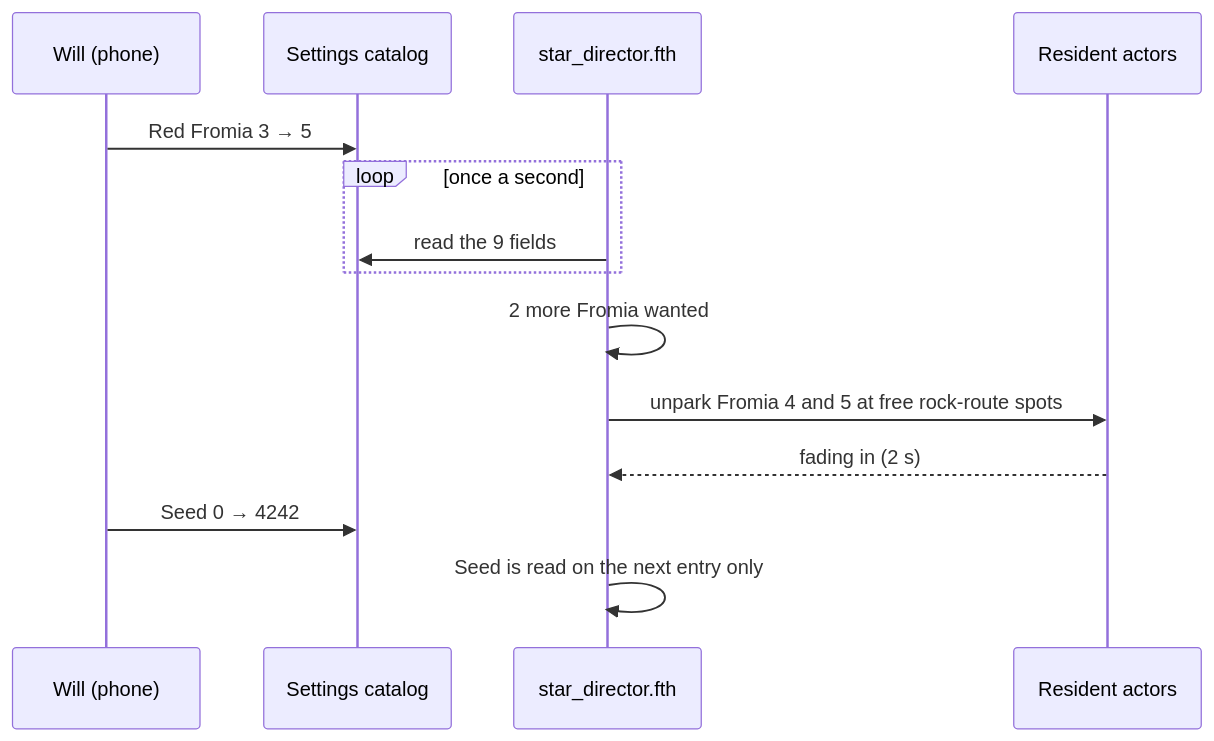
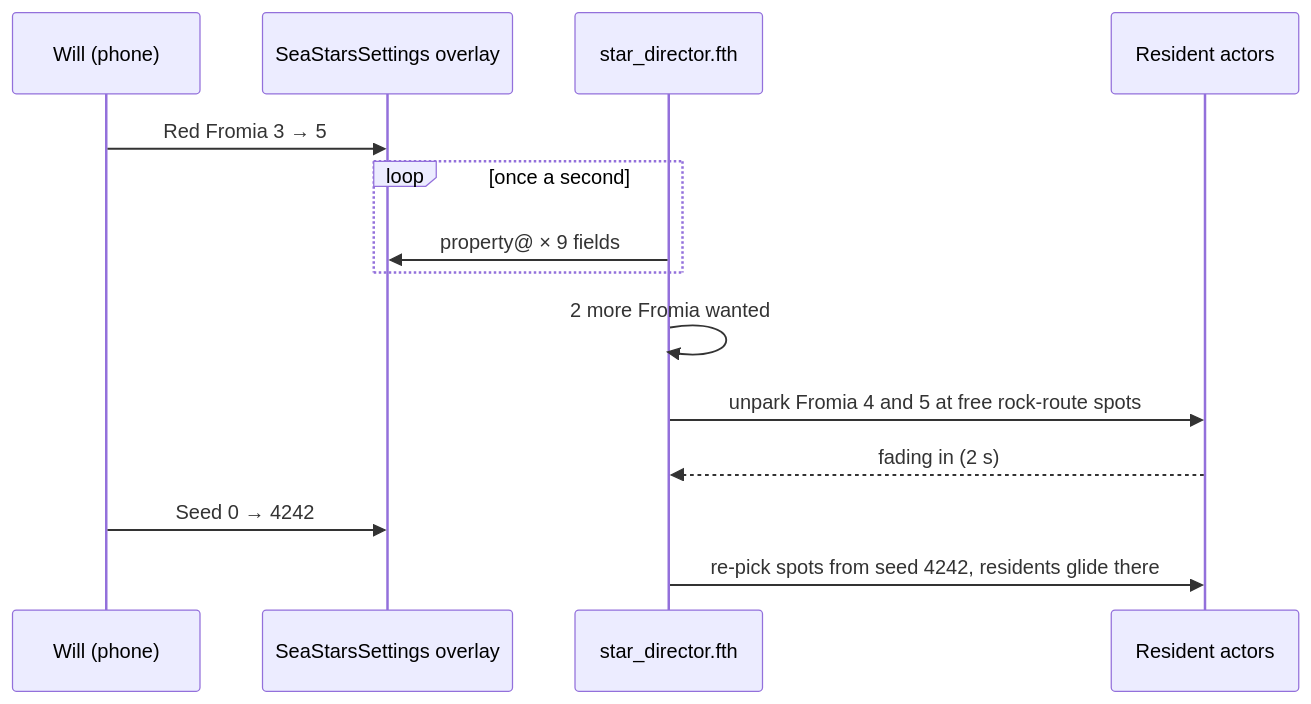
One commit to wbniv/WorldFoundry changed the fifth of 9 diagrams in docs/plans/2026-11-10-starfish-tank.md. Above: the diagram before and after it, drawn with Mermaid. The commit also changed other lines of this file and 9 other files, not shown here.

First line of the commit message:
Unpark runtime object editing; Sea Stars settings become an OAS object

````diff
--- a/docs/plans/2026-11-10-starfish-tank.md
+++ b/docs/plans/2026-11-10-starfish-tank.md
@@ -201,16 +205,16 @@
 ```mermaid
 sequenceDiagram
     participant U as Will (phone)
-    participant C as Settings catalog
+    participant C as SeaStarsSettings overlay
     participant D as star_director.fth
     participant R as Resident actors
     U->>C: Red Fromia 3 → 5
     loop once a second
-        D->>C: read the 9 fields
+        D->>C: property@ × 9 fields
     end
     D->>D: 2 more Fromia wanted
     D->>R: unpark Fromia 4 and 5 at free rock-route spots
     R-->>D: fading in (2 s)
     U->>C: Seed 0 → 4242
-    D->>D: Seed is read on the next entry only
+    D->>R: re-pick spots from seed 4242, residents glide there
 ```
````
